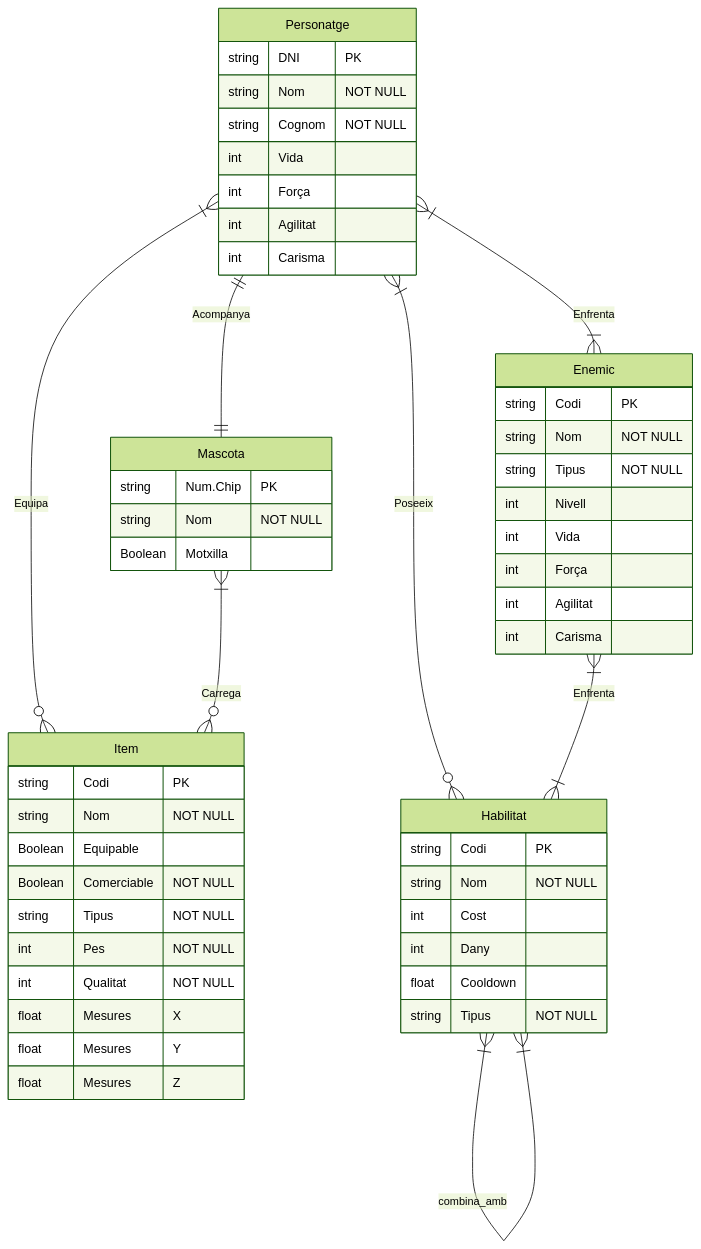
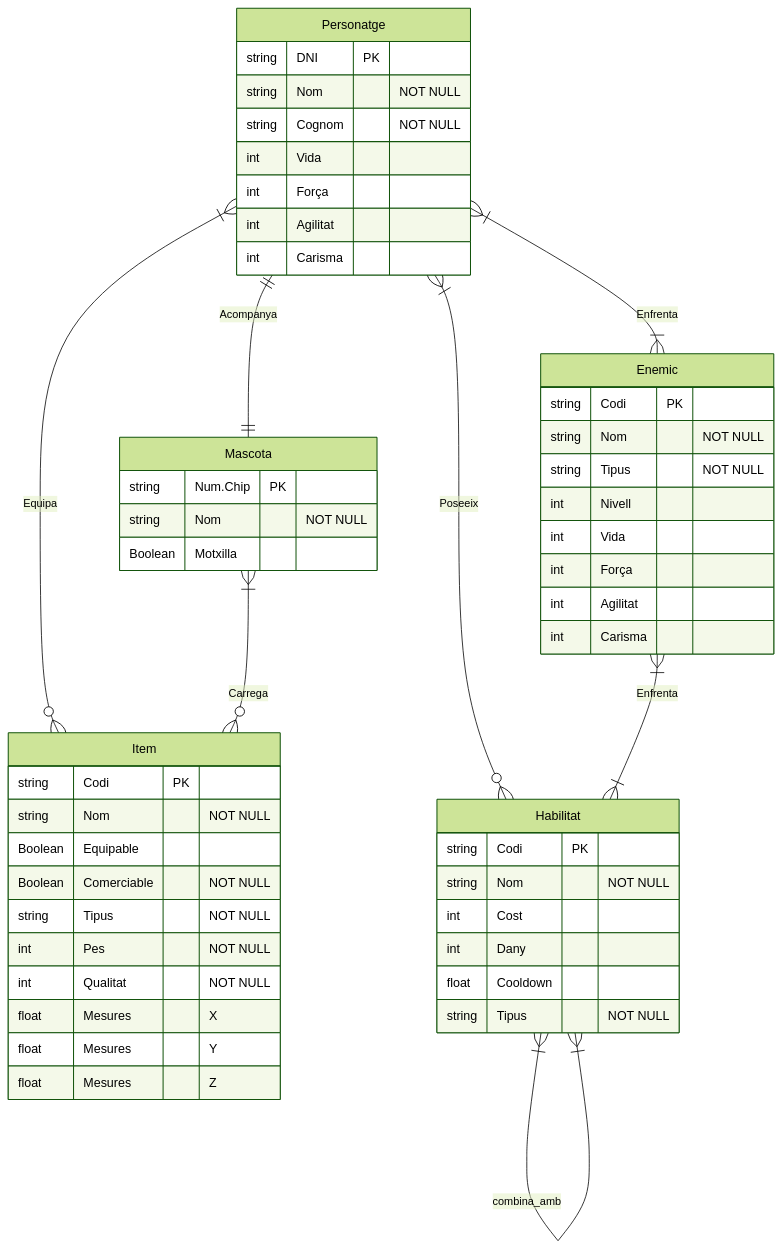
One commit to J0hnL3mon2005/Lliuraments-2627 changed the diagram in LMSGI/GBD/diagrama-er-mermamid.md. Above: the diagram before and after it, drawn with Mermaid (forest theme).

````diff
--- a/LMSGI/GBD/diagrama-er-mermamid.md
+++ b/LMSGI/GBD/diagrama-er-mermamid.md
@@ -1,56 +1,56 @@
 ```mermaid
 
 erDiagram
     Personatge {
-        string DNI "PK"
+        string DNI PK
         string Nom "NOT NULL"
         string Cognom "NOT NULL"
         int Vida
         int Força
         int Agilitat
         int Carisma
     }
     Item {
-        string Codi "PK"
+        string Codi PK
         string Nom "NOT NULL"
         Boolean Equipable
         Boolean Comerciable "NOT NULL" 
         string Tipus "NOT NULL"
         int Pes "NOT NULL"
         int Qualitat "NOT NULL"
         float Mesures "X"
         float Mesures "Y"
         float Mesures "Z"
     }
     Mascota {
-        string  Num.Chip "PK"
+        string  Num.Chip PK
         string Nom "NOT NULL"
         Boolean Motxilla 
     }
     Enemic {
-        string Codi "PK"
+        string Codi PK
         string Nom "NOT NULL"
         string Tipus "NOT NULL"
         int Nivell 
         int Vida
         int Força
         int Agilitat
         int Carisma
     }
     Habilitat {
-        string Codi "PK"
+        string Codi PK
         string Nom "NOT NULL"
         int Cost 
         int Dany
         float Cooldown
         string Tipus "NOT NULL"
     }
 
     Personatge }| -- o{ Item: Equipa
     Mascota }| -- o{ Item: Carrega
     Personatge || -- || Mascota: Acompanya
     Personatge }| -- |{ Enemic: Enfrenta
     Personatge }| -- o{ Habilitat: Poseeix
     Enemic }| -- |{ Habilitat: Enfrenta
     Habilitat }| -- |{ Habilitat: combina_amb
 ```
````
